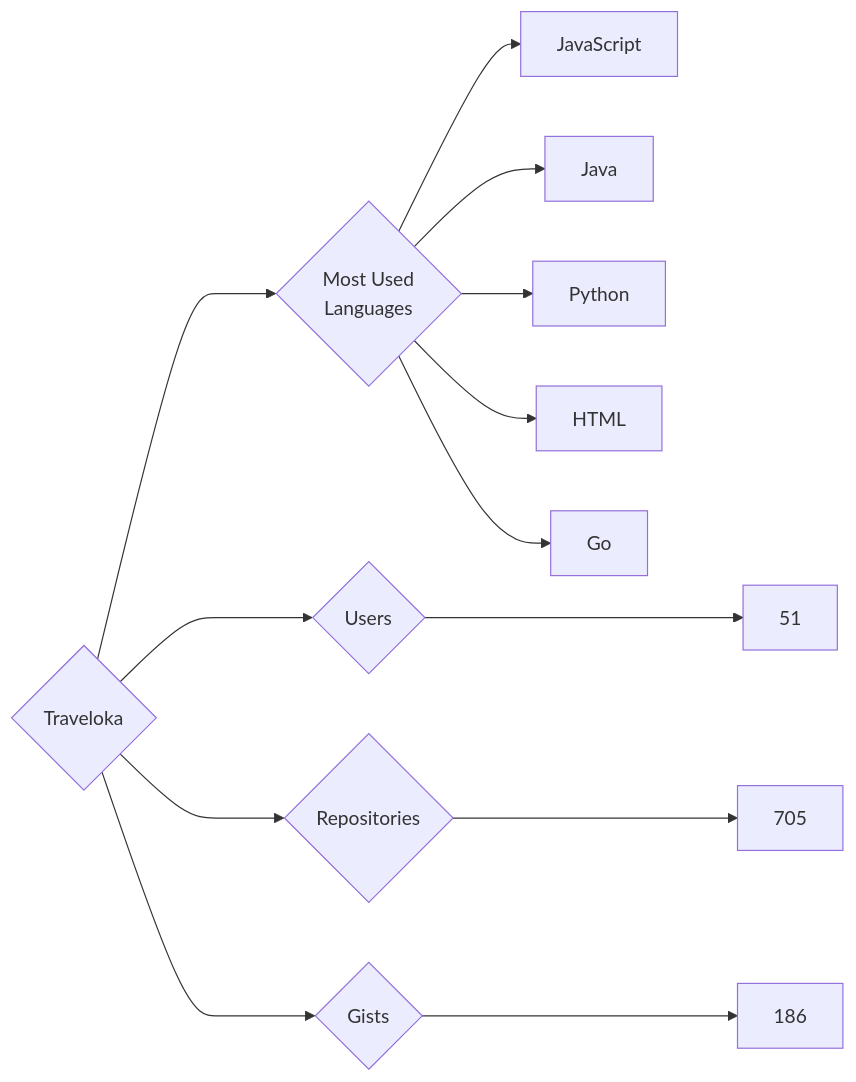
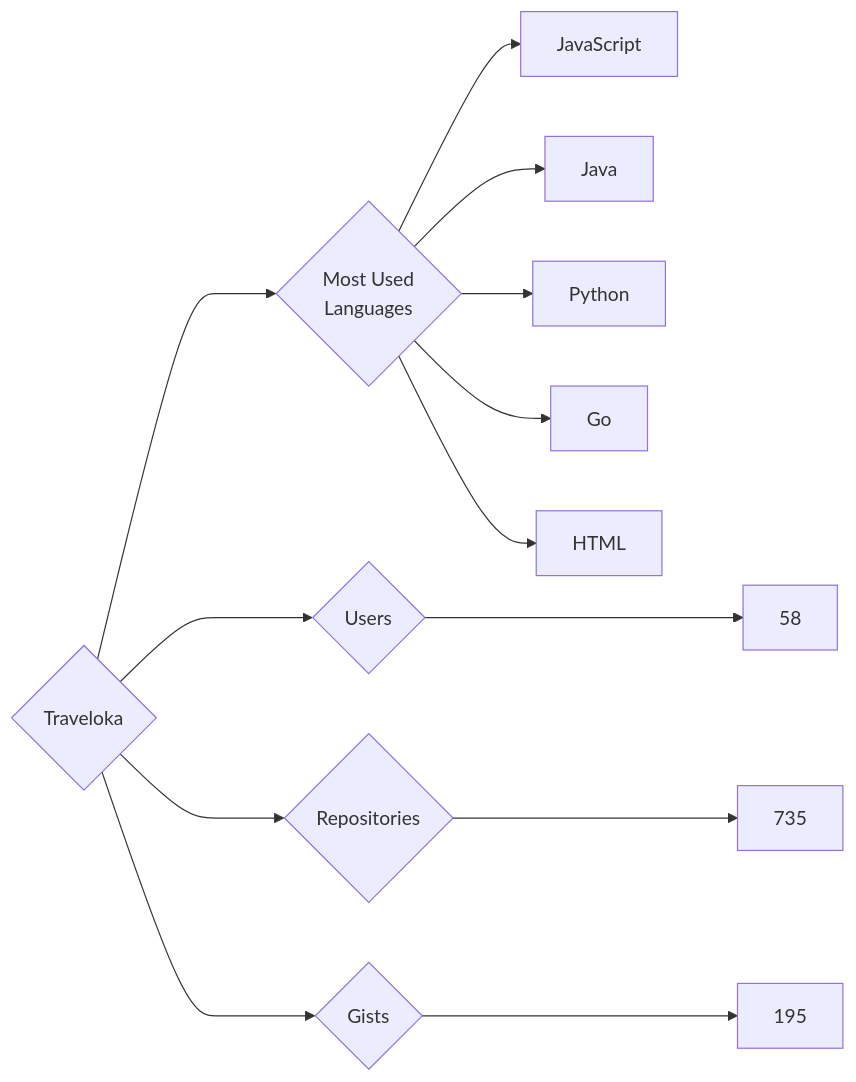
Before and after one commit to trickest/insiders: the diagram in targets/Traveloka/README.md, drawn with Mermaid. The commit also changed 955 other files, not shown here.

````diff
--- a/targets/Traveloka/README.md
+++ b/targets/Traveloka/README.md
@@ -3,13 +3,13 @@
 ```mermaid
 graph LR
 COMPANY_NAME{Traveloka}
-COMPANY_NAME ---> U{Users} ---> UN[51]
-COMPANY_NAME ---> R{Repositories} ---> RN[705]
-COMPANY_NAME ---> G{Gists} ---> GN[186]
+COMPANY_NAME ---> U{Users} ---> UN[58]
+COMPANY_NAME ---> R{Repositories} ---> RN[735]
+COMPANY_NAME ---> G{Gists} ---> GN[195]
 COMPANY_NAME ---> ML{Most Used<br>Languages}
 ML --> JavaScript[JavaScript]
 ML --> Java[Java]
 ML --> Python[Python]
+ML --> Go[Go]
 ML --> HTML[HTML]
-ML --> Go[Go]
 ```
````
